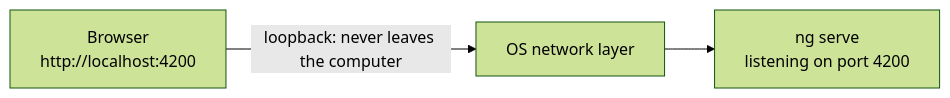
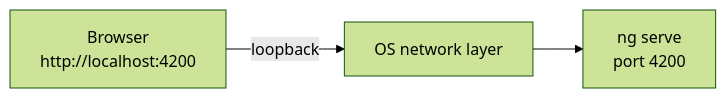
Before and after one commit to sathsure/Tech-Mastery-Hub: the first of 2 diagrams in interview/under-the-hood/17-Local-Servers-and-Finding-Devices.md, drawn with Mermaid (forest theme). The commit also changed other lines of this file and 69 other files, not shown here.

````diff
--- a/interview/under-the-hood/17-Local-Servers-and-Finding-Devices.md
+++ b/interview/under-the-hood/17-Local-Servers-and-Finding-Devices.md
@@ -18,5 +26,5 @@
 ```mermaid
 flowchart LR
-  B["Browser<br/>http://localhost:4200"] -->|"loopback: never leaves the computer"| OS["OS network layer"]
-  OS --> A["ng serve<br/>listening on port 4200"]
+  B["Browser<br/>http://localhost:4200"] -->|"loopback"| OS["OS network layer"]
+  OS --> A["ng serve<br/>port 4200"]
 ```
````
